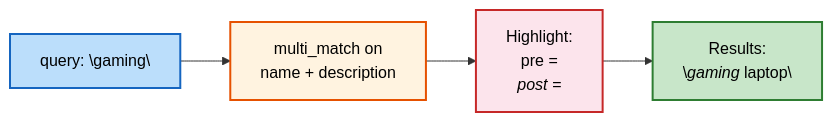
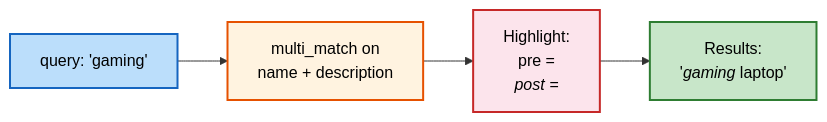
Before and after one commit to sawmikcuet19/ElasticSearch-springboot: diagram 13 of 17 in README.md, drawn with Mermaid. The commit also changed other lines of this file, not shown here.

Commit message:
Fix all Mermaid diagram parse errors: replace escaped quotes with single quotes

````diff
--- a/README.md
+++ b/README.md
@@ -616,11 +616,11 @@
 ```mermaid
 flowchart LR
-    Q["query: \"gaming\""] --> SEARCH["multi_match on\nname + description"]
+    Q["query: 'gaming'"] --> SEARCH["multi_match on\nname + description"]
     SEARCH --> HIGHLIGHT["Highlight:\npre = <em>\npost = </em>"]
-    HIGHLIGHT --> RESULT["Results:\n\"<em>gaming</em> laptop\""]
+    HIGHLIGHT --> RESULT["Results:\n'<em>gaming</em> laptop'"]
 
     style Q fill:#bbdefb,stroke:#1565c0,stroke-width:2px,color:#000
     style SEARCH fill:#fff3e0,stroke:#e65100,stroke-width:2px,color:#000
     style HIGHLIGHT fill:#fce4ec,stroke:#c62828,stroke-width:2px,color:#000
     style RESULT fill:#c8e6c9,stroke:#2e7d32,stroke-width:2px,color:#000
 ```
````
